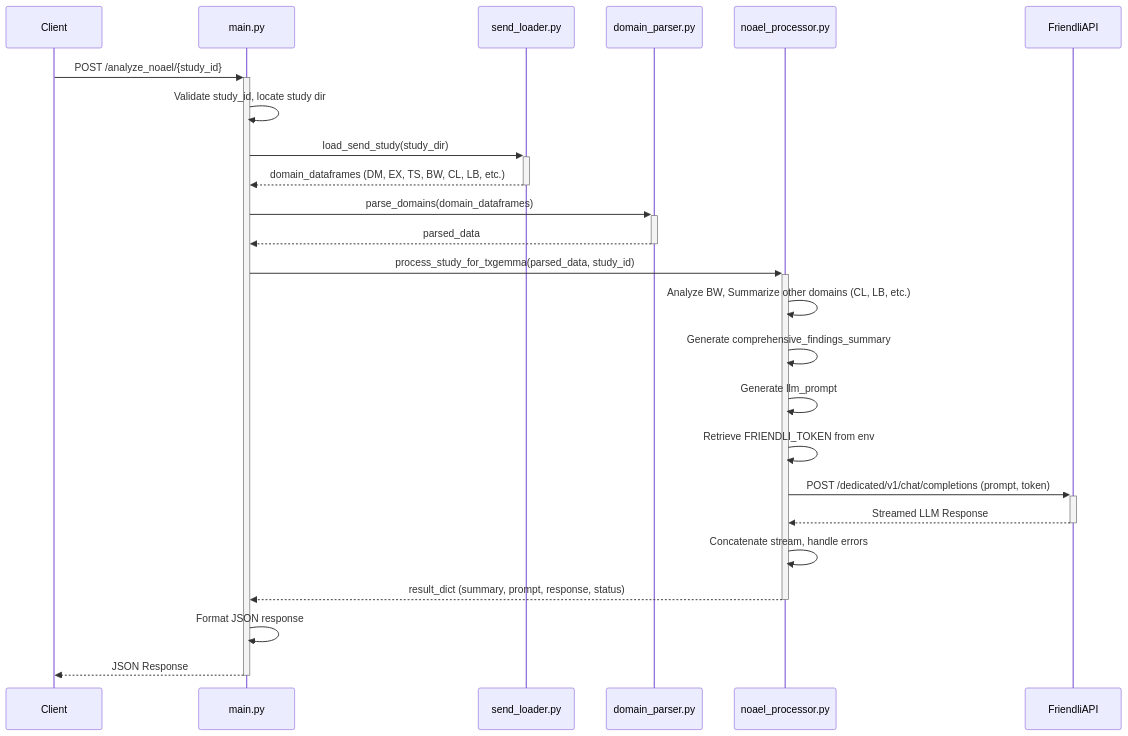
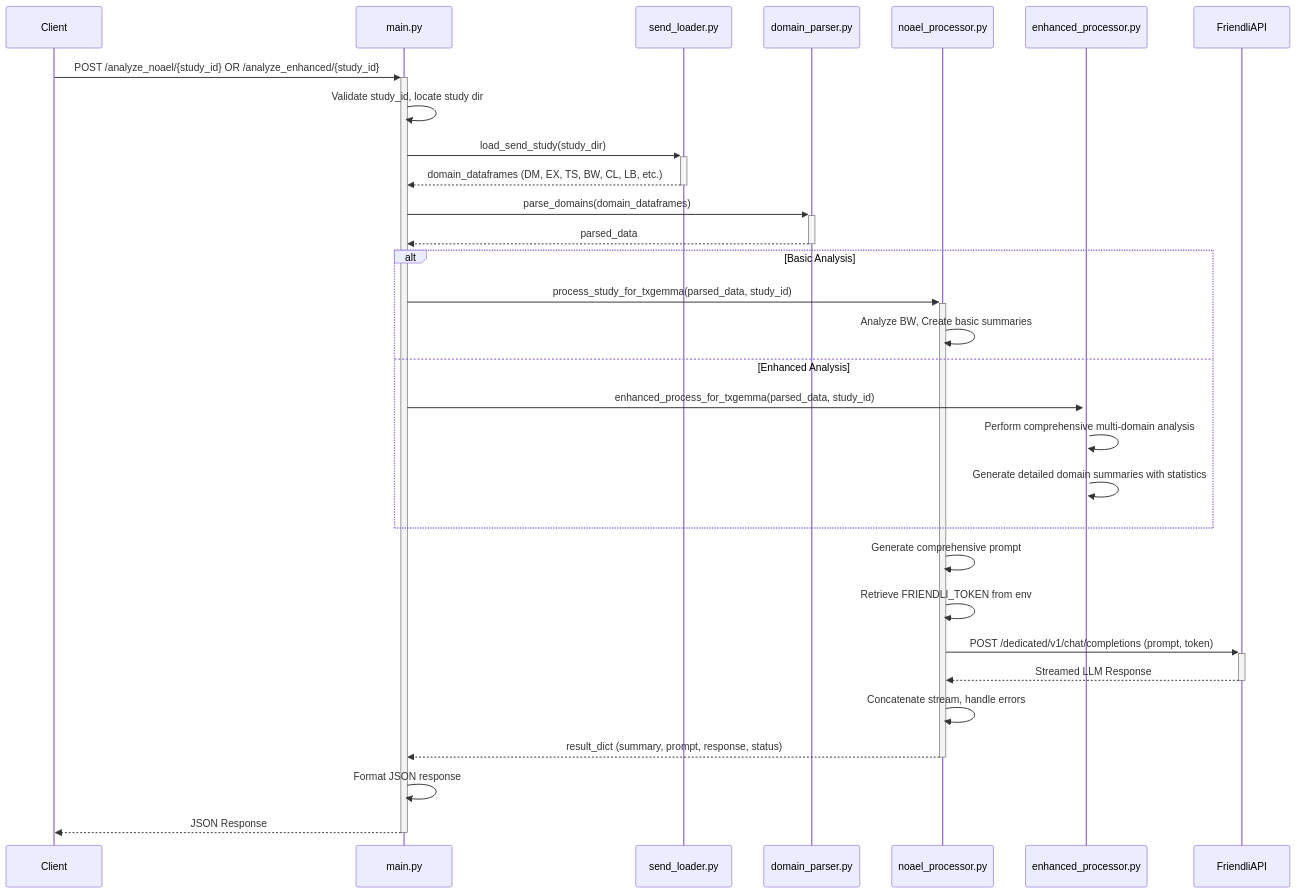
The diagram in Architecture.md (usathyan/send-noael-prediction), drawn with Mermaid before and after one commit. The commit also changed other lines of this file and 9 other files, not shown here.

Commit message:
updated codebase for enhanced analysis

````diff
--- a/Architecture.md
+++ b/Architecture.md
@@ -50,27 +59,35 @@
 ```mermaid
 sequenceDiagram
     participant Client
     participant FastAPI as main.py
     participant Loader as send_loader.py
     participant Parser as domain_parser.py
     participant Processor as noael_processor.py
+    participant EnhancedProcessor as enhanced_processor.py
     participant FriendliAPI
 
-    Client->>+FastAPI: POST /analyze_noael/{study_id}
+    Client->>+FastAPI: POST /analyze_noael/{study_id} OR /analyze_enhanced/{study_id}
     FastAPI->>FastAPI: Validate study_id, locate study dir
     FastAPI->>+Loader: load_send_study(study_dir)
     Loader-->>-FastAPI: domain_dataframes (DM, EX, TS, BW, CL, LB, etc.)
     FastAPI->>+Parser: parse_domains(domain_dataframes)
     Parser-->>-FastAPI: parsed_data
-    FastAPI->>+Processor: process_study_for_txgemma(parsed_data, study_id)
-    Processor->>Processor: Analyze BW, Summarize other domains (CL, LB, etc.)
-    Processor->>Processor: Generate comprehensive_findings_summary
-    Processor->>Processor: Generate llm_prompt
+    
+    alt Basic Analysis
+        FastAPI->>+Processor: process_study_for_txgemma(parsed_data, study_id)
+        Processor->>Processor: Analyze BW, Create basic summaries
+    else Enhanced Analysis
+        FastAPI->>+EnhancedProcessor: enhanced_process_for_txgemma(parsed_data, study_id)
+        EnhancedProcessor->>EnhancedProcessor: Perform comprehensive multi-domain analysis
+        EnhancedProcessor->>EnhancedProcessor: Generate detailed domain summaries with statistics
+    end
+    
+    Processor->>Processor: Generate comprehensive prompt
     Processor->>Processor: Retrieve FRIENDLI_TOKEN from env
     Processor->>+FriendliAPI: POST /dedicated/v1/chat/completions (prompt, token)
     FriendliAPI-->>-Processor: Streamed LLM Response
     Processor->>Processor: Concatenate stream, handle errors
     Processor-->>-FastAPI: result_dict (summary, prompt, response, status)
     FastAPI->>FastAPI: Format JSON response
     FastAPI-->>-Client: JSON Response
 ```
````
